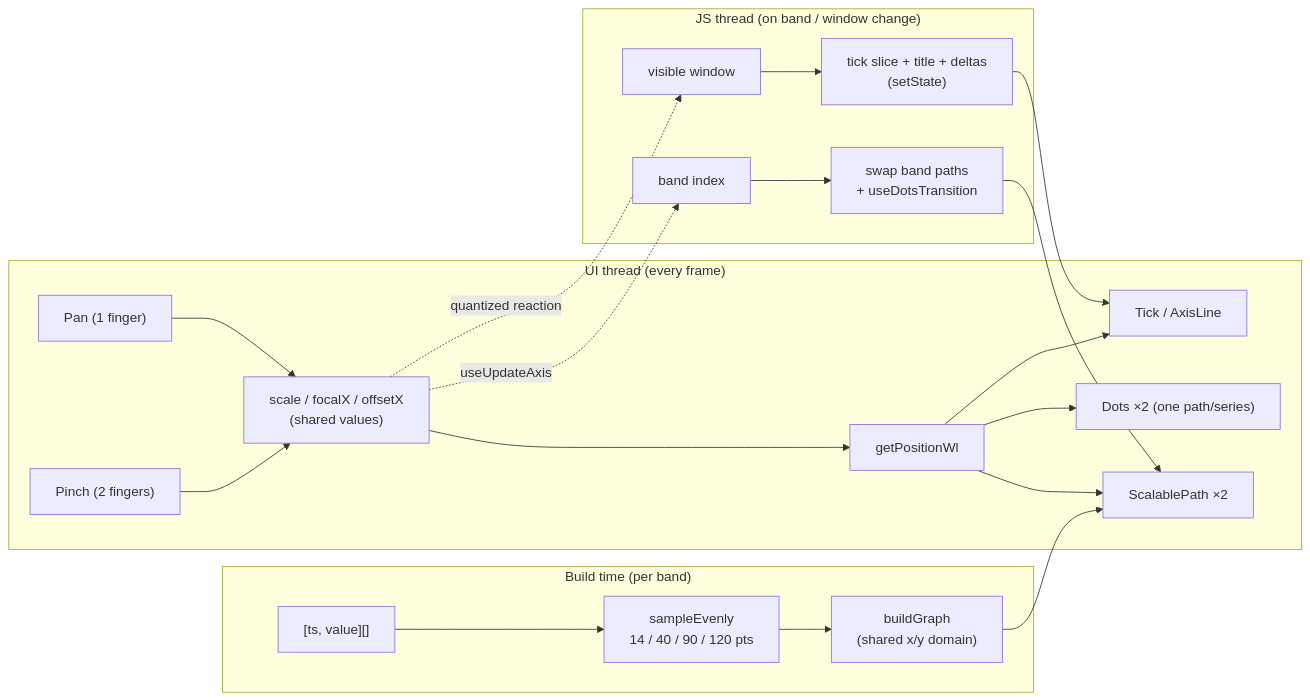
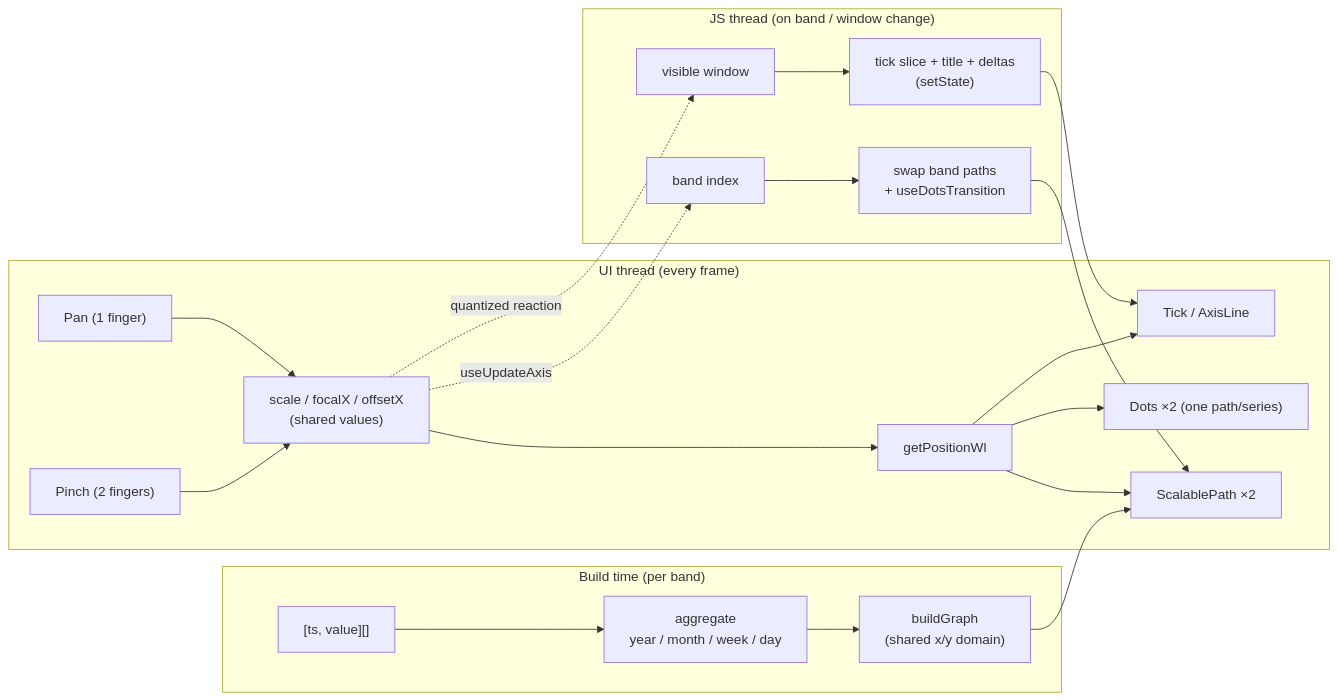
The first of 2 diagrams in docs/body-composition-chart.md (Obitrain/obi-chart), drawn with Mermaid before and after one commit. The commit also changed other lines of this file and 15 other files, not shown here.

First line of the commit message:
feat(charts): match the Withings body composition styling

````diff
--- a/docs/body-composition-chart.md
+++ b/docs/body-composition-chart.md
@@ -13,27 +13,27 @@
 ```mermaid
 flowchart LR
     subgraph Data ["Build time (per band)"]
-        D["[ts, value][]"] --> S["sampleEvenly<br/>14 / 40 / 90 / 120 pts"]
+        D["[ts, value][]"] --> S["aggregate<br/>year / month / week / day"]
         S --> G["buildGraph<br/>(shared x/y domain)"]
     end
 
     subgraph Gestures ["UI thread (every frame)"]
         P["Pan (1 finger)"] --> SV["scale / focalX / offsetX<br/>(shared values)"]
         Z["Pinch (2 fingers)"] --> SV
         SV --> T["getPositionWl"]
         T --> SP["ScalablePath ×2"]
         T --> DT["Dots ×2 (one path/series)"]
         T --> TK["Tick / AxisLine"]
     end
 
     subgraph React ["JS thread (on band / window change)"]
         SV -.->|useUpdateAxis| B["band index"]
         B --> SW["swap band paths<br/>+ useDotsTransition"]
         SV -.->|"quantized reaction"| W["visible window"]
         W --> TS["tick slice + title + deltas<br/>(setState)"]
     end
 
     G --> SP
     SW --> SP
     TS --> TK
 ```
````
